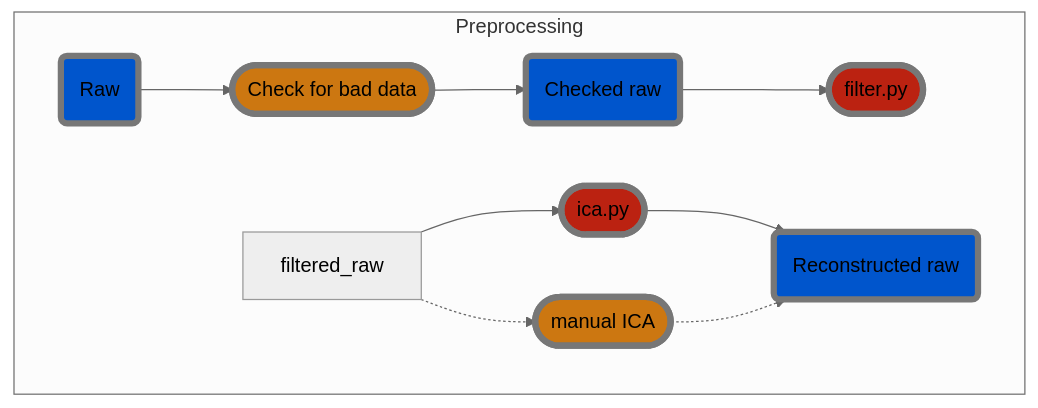
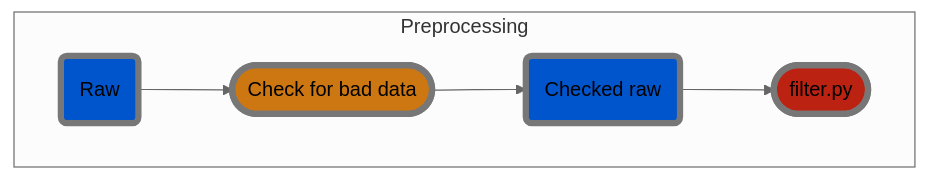
Before and after one commit to hiroyoshi-yamasaki/MNE-MVPA: the diagram in README.md, drawn with Mermaid (neutral theme).

Commit message:
mermaid not working on github

````diff
--- a/README.md
+++ b/README.md
@@ -4,31 +4,26 @@
 ```mermaid
 graph TD
     %% Processes
     classDef automatic_process fill: #b21, stroke-width: 5px, stroke: #777
     classDef manual_process fill: #c71, stroke-width: 5px, stroke: #777
     
     %% Data
     classDef mne_data fill: #05c, stroke-width: 5px, stroke: #777
     classDef event_data fill: #260, stroke-width: 5px, stroke: #777
     classDef other_data fill: #55c, stroke-width: 5px, stroke: #777
 
     %% Preprocessing MEG data
     subgraph "Preprocessing"
     
         %% Manual check for bad channels, artefacts etc.
         raw_data("Raw"):::mne_data --> check_raw(["Check for bad data"]):::manual_process;
         check_raw --> checked_raw("Checked raw"):::mne_data;
     
         checked_raw --> filter(["filter.py"]):::automatic_process;
         %%filter --> filtered_raw("Filtered raw"):::mne_data;
         
-        %% Artefact removal with ICA
-        filtered_raw --> ica(["ica.py"]):::automatic_process;
-        ica --> recon_raw("Reconstructed raw"):::mne_data;
-        filtered_raw -.-> man_ica(["manual ICA"]):::manual_process;
-        man_ica -.-> recon_raw;
         
         
     end
     
 ```
````
